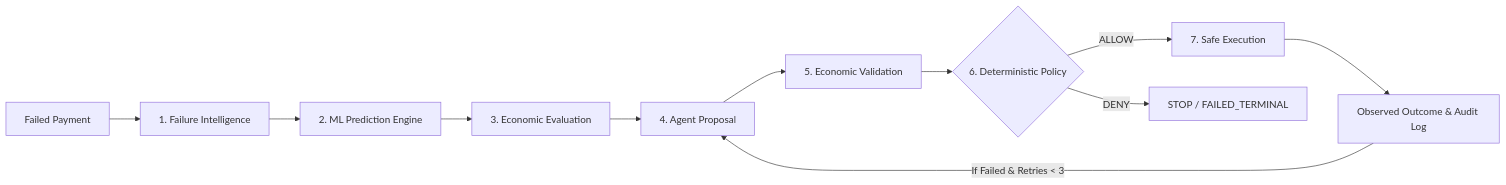
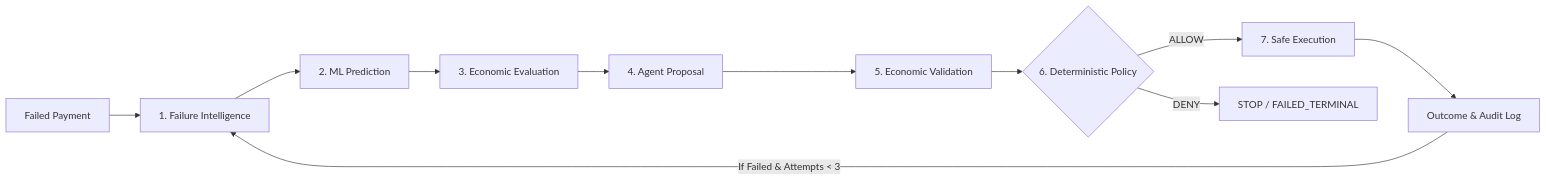
Before and after one commit to Hardik9999/RecoveryOS: the second of 2 diagrams in README.md, drawn with Mermaid. The commit also changed other lines of this file and 2 other files, not shown here.

````diff
--- a/README.md
+++ b/README.md
@@ -92,13 +127,13 @@
 ```mermaid
 flowchart LR
     A[Failed Payment] --> B[1. Failure Intelligence]
-    B --> C[2. ML Prediction Engine]
+    B --> C[2. ML Prediction]
     C --> D[3. Economic Evaluation]
     D --> E[4. Agent Proposal]
     E --> V[5. Economic Validation]
     V --> F{6. Deterministic Policy}
     F -- ALLOW --> G[7. Safe Execution]
     F -- DENY --> H[STOP / FAILED_TERMINAL]
-    G --> I[Observed Outcome & Audit Log]
-    I -- If Failed & Retries < 3 --> E
+    G --> I[Outcome & Audit Log]
+    I -- If Failed & Attempts < 3 --> B
 ```
````
